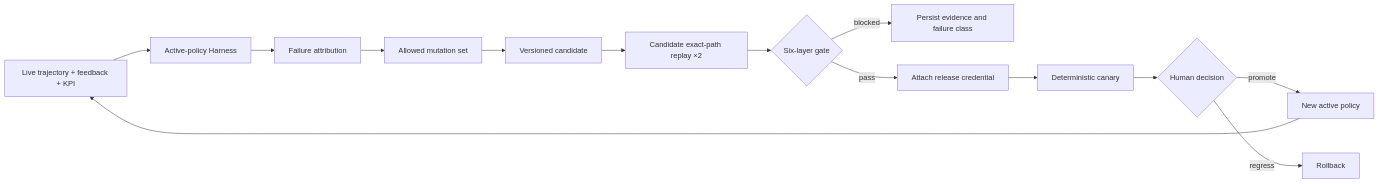
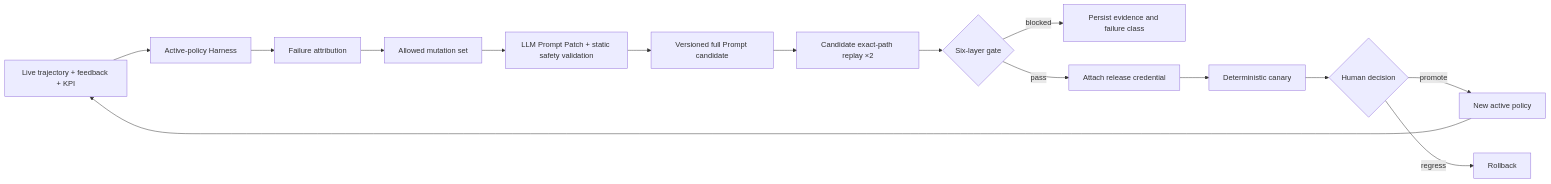
Before and after one commit to inv1sion/EvoOps: the first of 2 diagrams in README.md, drawn with Mermaid. The commit also changed other lines of this file and 16 other files, not shown here.

````diff
--- a/README.md
+++ b/README.md
@@ -23,16 +23,17 @@
 ```mermaid
 flowchart LR
     A[Live trajectory + feedback + KPI] --> B[Active-policy Harness]
     B --> C[Failure attribution]
     C --> D[Allowed mutation set]
-    D --> E[Versioned candidate]
+    D --> P[LLM Prompt Patch + static safety validation]
+    P --> E[Versioned full Prompt candidate]
     E --> F[Candidate exact-path replay ×2]
     F --> G{Six-layer gate}
     G -->|blocked| H[Persist evidence and failure class]
     G -->|pass| I[Attach release credential]
     I --> J[Deterministic canary]
     J --> K{Human decision}
     K -->|promote| L[New active policy]
     K -->|regress| M[Rollback]
     L --> A
 ```
````
